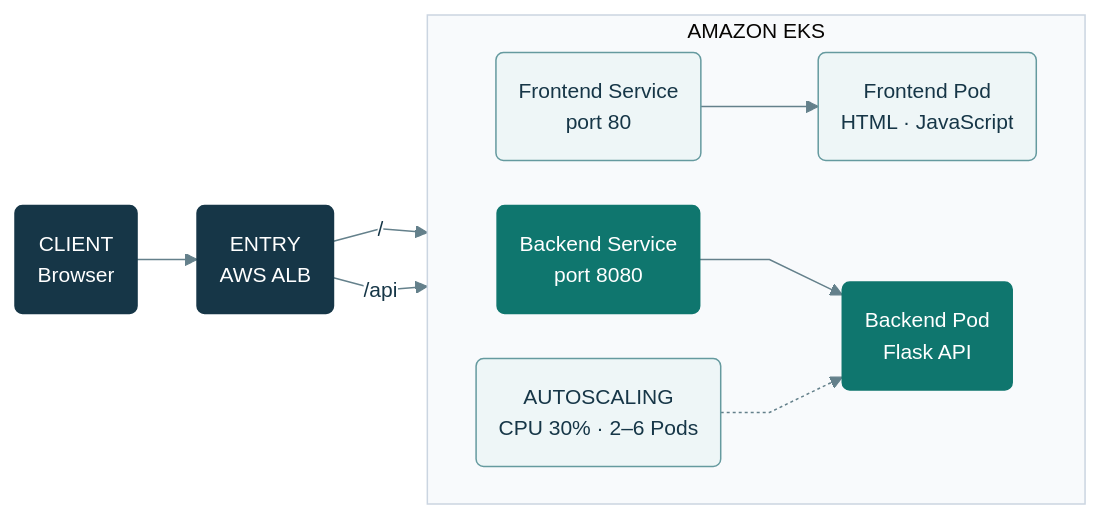
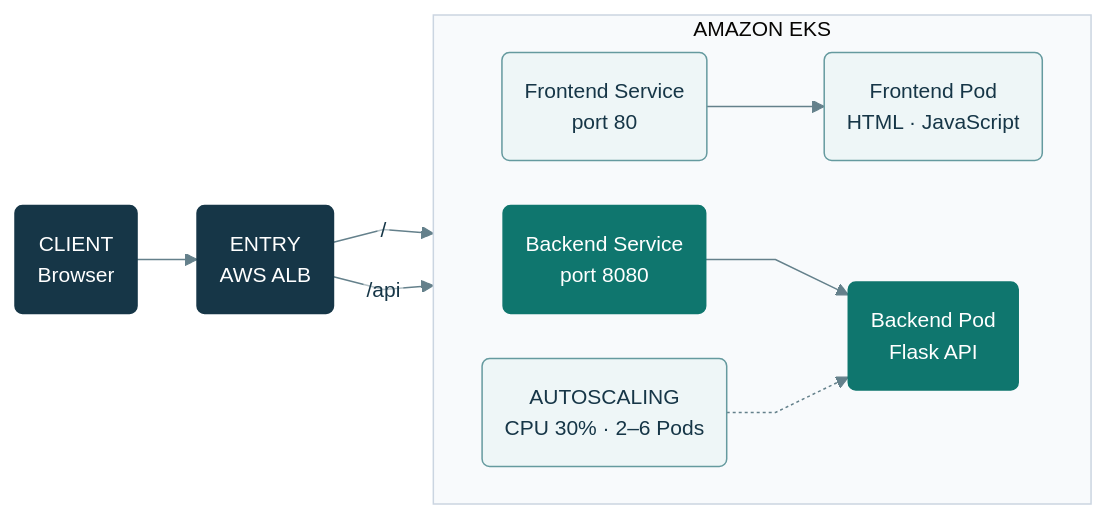
Before and after one commit to yubin05/eks-infra: the second of 3 diagrams in README.md, drawn with Mermaid. The commit also changed other lines of this file, not shown here.

Commit message:
docs: prevent clipped Mermaid labels in GitHub rendering

````diff
--- a/README.md
+++ b/README.md
@@ -42,19 +42,19 @@
 ```mermaid
-%%{init: {"theme":"base","themeVariables":{"fontFamily":"Arial, sans-serif","fontSize":"14px","primaryColor":"#eef6f7","primaryTextColor":"#163647","primaryBorderColor":"#659a9f","lineColor":"#64808b","secondaryColor":"#f1f5f9","tertiaryColor":"#f8fafc","clusterBkg":"#f8fafc","clusterBorder":"#cbd5e1","edgeLabelBackground":"#ffffff","actorBkg":"#163647","actorBorder":"#163647","actorTextColor":"#ffffff","actorLineColor":"#94a3b8","signalColor":"#476673","signalTextColor":"#163647","labelBoxBkgColor":"#eef6f7","labelBoxBorderColor":"#659a9f","labelTextColor":"#163647","activationBkgColor":"#d3eeea","activationBorderColor":"#0f766e","sequenceNumberColor":"#ffffff"},"flowchart":{"curve":"linear","nodeSpacing":30,"rankSpacing":40},"sequence":{"mirrorActors":false,"actorMargin":35,"messageMargin":30}}}%%
+%%{init: {"theme":"base","themeVariables":{"fontFamily":"sans-serif","fontSize":"14px","primaryColor":"#eef6f7","primaryTextColor":"#163647","primaryBorderColor":"#659a9f","lineColor":"#64808b","secondaryColor":"#f1f5f9","tertiaryColor":"#f8fafc","clusterBkg":"#f8fafc","clusterBorder":"#cbd5e1","edgeLabelBackground":"#ffffff","actorBkg":"#163647","actorBorder":"#163647","actorTextColor":"#ffffff","actorLineColor":"#94a3b8","signalColor":"#476673","signalTextColor":"#163647","labelBoxBkgColor":"#eef6f7","labelBoxBorderColor":"#659a9f","labelTextColor":"#163647","activationBkgColor":"#d3eeea","activationBorderColor":"#0f766e","sequenceNumberColor":"#ffffff"},"flowchart":{"htmlLabels":false,"curve":"linear","nodeSpacing":30,"rankSpacing":40},"sequence":{"mirrorActors":false,"actorMargin":35,"messageMargin":30}}}%%
 flowchart LR
     Browser("CLIENT<br/>Browser") --> ALB("ENTRY<br/>AWS ALB")
     subgraph Cluster["AMAZON EKS"]
         direction LR
         FS("Frontend Service<br/>port 80") --> FE("Frontend Pod<br/>HTML · JavaScript")
         BS("Backend Service<br/>port 8080") --> BE("Backend Pod<br/>Flask API")
         HPA("AUTOSCALING<br/>CPU 30% · 2–6 Pods") -.-> BE
     end
     ALB -->|/| FS
     ALB -->|/api| BS
     classDef core fill:#163647,stroke:#163647,color:#ffffff,stroke-width:1px;
     classDef accent fill:#0f766e,stroke:#0f766e,color:#ffffff,stroke-width:1px;
     classDef neutral fill:#eef6f7,stroke:#659a9f,color:#163647,stroke-width:1px;
     class Browser,ALB core;
     class BS,BE accent;
     class FS,FE,HPA neutral;
 ```
````
